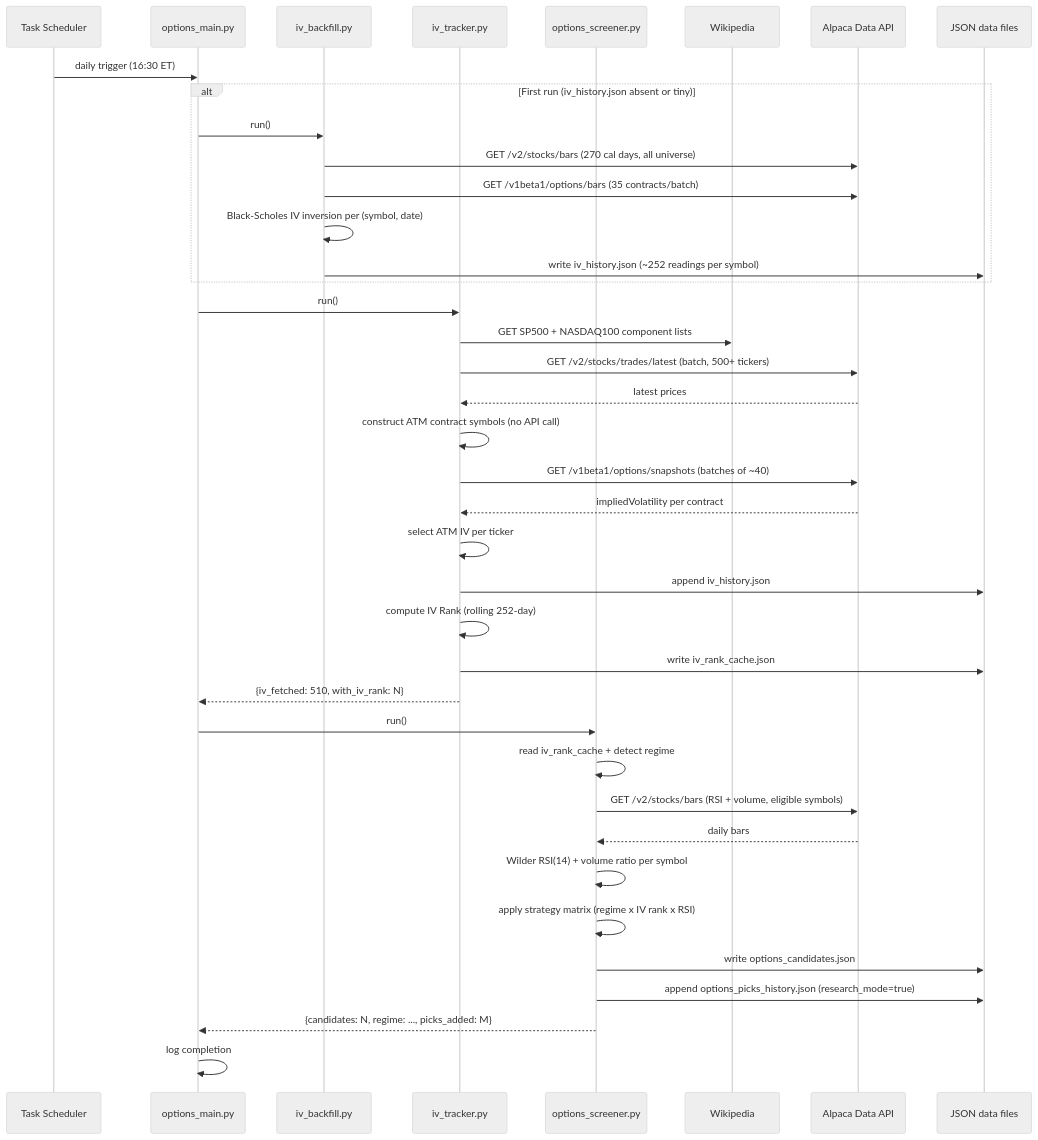
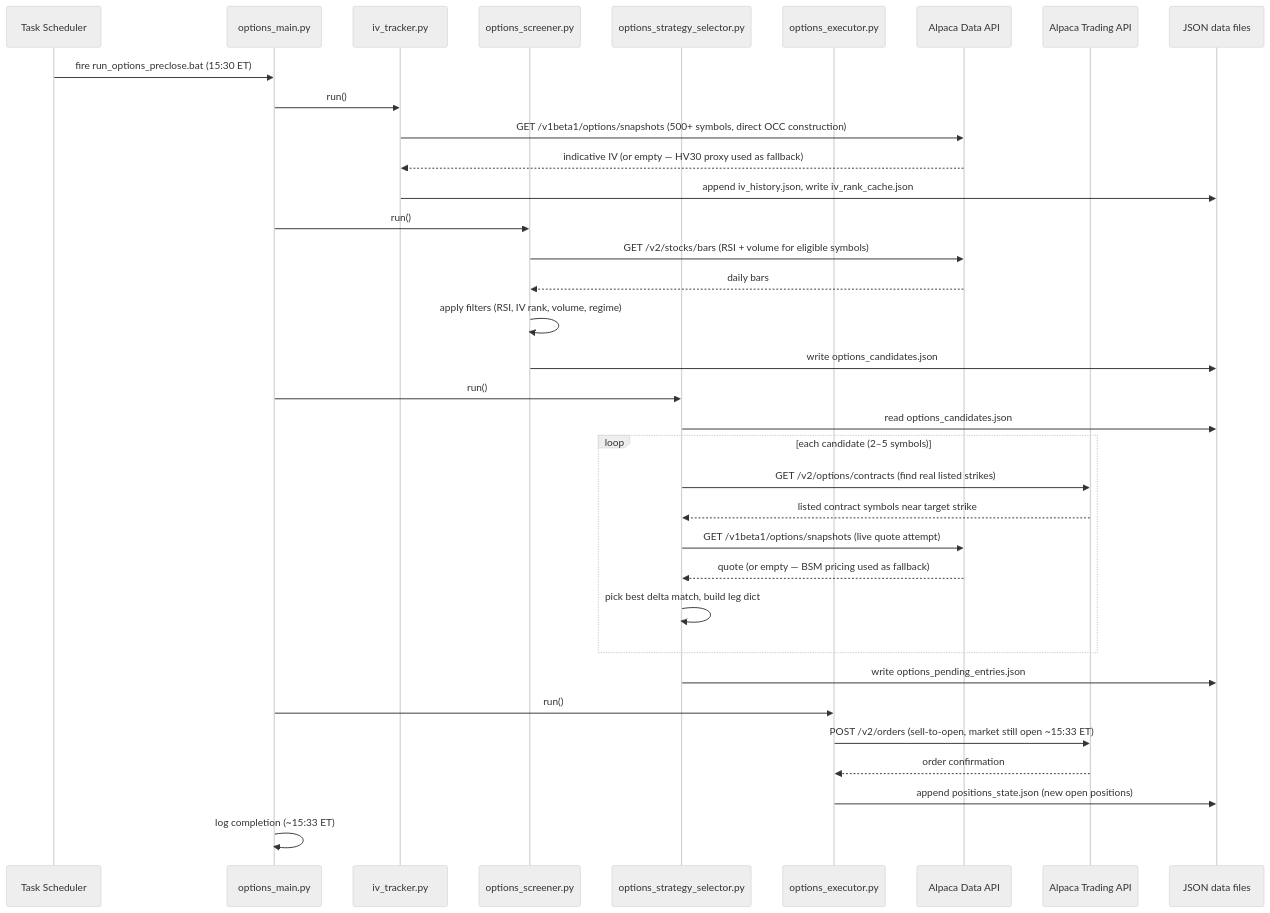
The first of 3 diagrams in options_screener_trader/docs/architecture/06-runtime-view.md (hilarymu/algorithmic-trading), drawn with Mermaid (neutral theme) before and after one commit. The commit also changed other lines of this file and 5 other files, not shown here.

First line of the commit message:
Sync docs to reflect executor-at-preclose and contract listing API changes

````diff
--- a/options_screener_trader/docs/architecture/06-runtime-view.md
+++ b/options_screener_trader/docs/architecture/06-runtime-view.md
@@ -7,46 +8,43 @@
 ```mermaid
 sequenceDiagram
-    participant Scheduler as Task Scheduler
+    participant TS as Task Scheduler
     participant Main as options_main.py
-    participant BF as iv_backfill.py
     participant IV as iv_tracker.py
     participant SC as options_screener.py
-    participant Wiki as Wikipedia
+    participant SEL as options_strategy_selector.py
+    participant EX as options_executor.py
     participant AlpacaData as Alpaca Data API
+    participant AlpacaTrade as Alpaca Trading API
     participant Files as JSON data files
 
-    Scheduler->>Main: daily trigger (16:30 ET)
-
-    alt First run (iv_history.json absent or tiny)
-        Main->>BF: run()
-        BF->>AlpacaData: GET /v2/stocks/bars (270 cal days, all universe)
-        BF->>AlpacaData: GET /v1beta1/options/bars (35 contracts/batch)
-        BF->>BF: Black-Scholes IV inversion per (symbol, date)
-        BF->>Files: write iv_history.json (~252 readings per symbol)
-    end
+    TS->>Main: fire run_options_preclose.bat (15:30 ET)
 
     Main->>IV: run()
-    IV->>Wiki: GET SP500 + NASDAQ100 component lists
-    IV->>AlpacaData: GET /v2/stocks/trades/latest (batch, 500+ tickers)
-    AlpacaData-->>IV: latest prices
-    IV->>IV: construct ATM contract symbols (no API call)
-    IV->>AlpacaData: GET /v1beta1/options/snapshots (batches of ~40)
-    AlpacaData-->>IV: impliedVolatility per contract
-    IV->>IV: select ATM IV per ticker
-    IV->>Files: append iv_history.json
-    IV->>IV: compute IV Rank (rolling 252-day)
-    IV->>Files: write iv_rank_cache.json
-    IV-->>Main: {iv_fetched: 510, with_iv_rank: N}
+    IV->>AlpacaData: GET /v1beta1/options/snapshots (500+ symbols, direct OCC construction)
+    AlpacaData-->>IV: indicative IV (or empty — HV30 proxy used as fallback)
+    IV->>Files: append iv_history.json, write iv_rank_cache.json
 
     Main->>SC: run()
-    SC->>SC: read iv_rank_cache + detect regime
-    SC->>AlpacaData: GET /v2/stocks/bars (RSI + volume, eligible symbols)
+    SC->>AlpacaData: GET /v2/stocks/bars (RSI + volume for eligible symbols)
     AlpacaData-->>SC: daily bars
-    SC->>SC: Wilder RSI(14) + volume ratio per symbol
-    SC->>SC: apply strategy matrix (regime x IV rank x RSI)
+    SC->>SC: apply filters (RSI, IV rank, volume, regime)
     SC->>Files: write options_candidates.json
-    SC->>Files: append options_picks_history.json (research_mode=true)
-    SC-->>Main: {candidates: N, regime: ..., picks_added: M}
 
-    Main->>Main: log completion
+    Main->>SEL: run()
+    SEL->>Files: read options_candidates.json
+    loop each candidate (2–5 symbols)
+        SEL->>AlpacaTrade: GET /v2/options/contracts (find real listed strikes)
+        AlpacaTrade-->>SEL: listed contract symbols near target strike
+        SEL->>AlpacaData: GET /v1beta1/options/snapshots (live quote attempt)
+        AlpacaData-->>SEL: quote (or empty — BSM pricing used as fallback)
+        SEL->>SEL: pick best delta match, build leg dict
+    end
+    SEL->>Files: write options_pending_entries.json
+
+    Main->>EX: run()
+    EX->>AlpacaTrade: POST /v2/orders (sell-to-open, market still open ~15:33 ET)
+    AlpacaTrade-->>EX: order confirmation
+    EX->>Files: append positions_state.json (new open positions)
+
+    Main->>Main: log completion (~15:33 ET)
 ```
````
